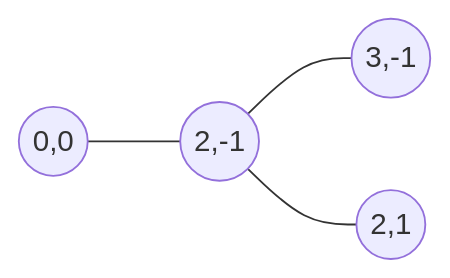
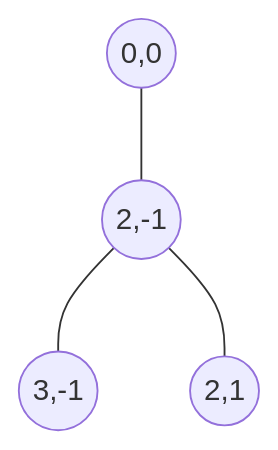
One commit to JoelJansenD/obsidian-hexer changed the diagram in docs/adr/0008-path-graph-model.md. Above: the diagram before and after it, drawn with Mermaid. The commit also changed 3 other files, not shown here.

First line of the commit message:
Orient ADR flowchart diagrams top-down

````diff
--- a/docs/adr/0008-path-graph-model.md
+++ b/docs/adr/0008-path-graph-model.md
@@ -7,6 +7,6 @@
 ```mermaid
-flowchart LR
+flowchart TD
     n1(("0,0")) --- n2(("2,-1"))
     n2 --- n3(("3,-1"))
     n2 --- n4(("2,1"))
 ```
````
